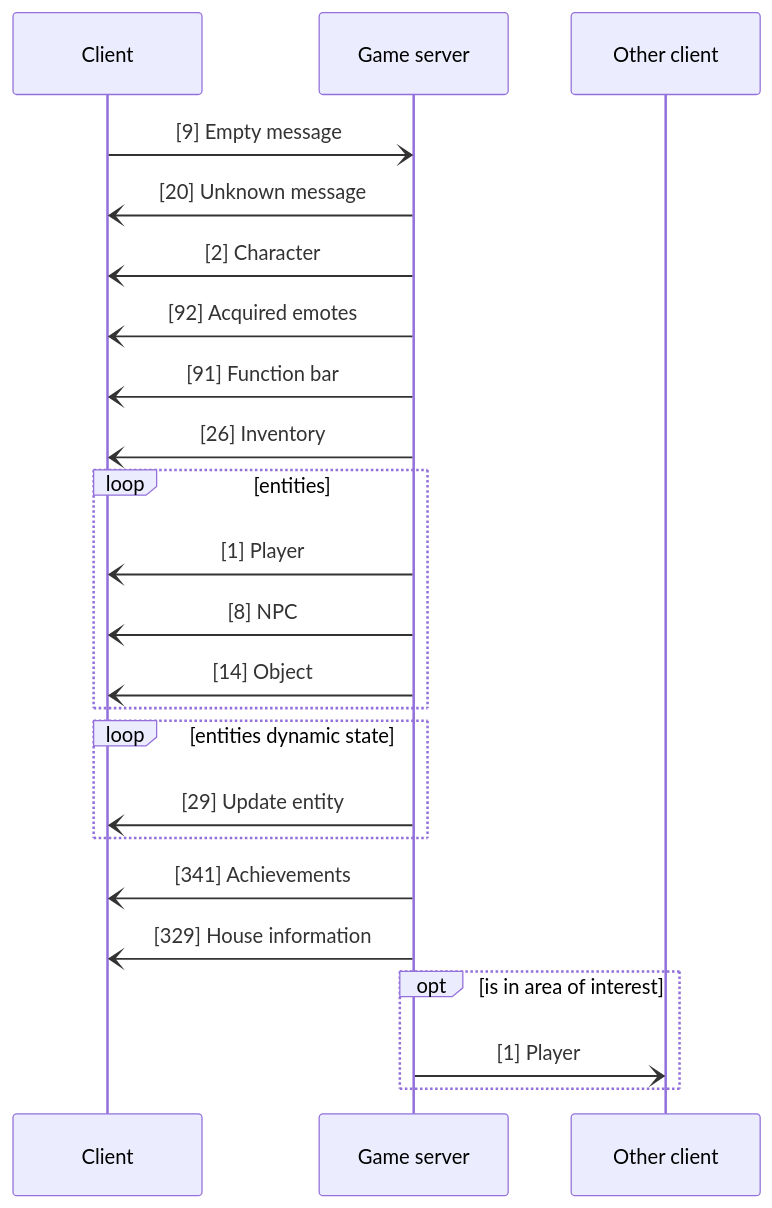
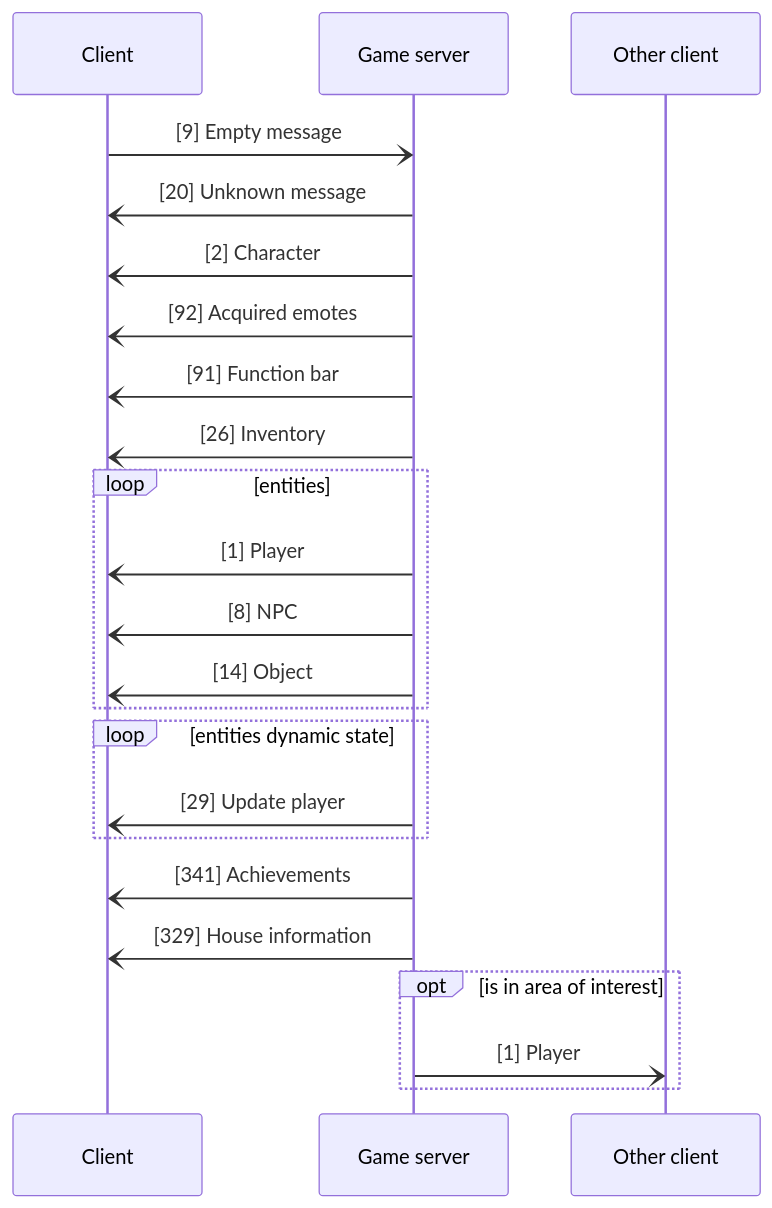
One commit to fygonzalo/banana changed the fifth of 15 diagrams in README.md. Above: the diagram before and after it, drawn with Mermaid. The commit also changed other lines of this file, not shown here.

````diff
--- a/README.md
+++ b/README.md
@@ -135,26 +137,26 @@
 ```mermaid
 sequenceDiagram
     participant Client
     participant Game server
     participant Other client
     Client-)Game server: [9] Empty message
     Game server-)Client: [20] Unknown message
     Game server-)Client: [2] Character
     Game server-)Client: [92] Acquired emotes
     Game server-)Client: [91] Function bar
     Game server-)Client: [26] Inventory
     loop entities
     Game server-)Client: [1] Player
     Game server-)Client: [8] NPC
     Game server-)Client: [14] Object
     end
     loop entities dynamic state
-    Game server-)Client: [29] Update entity
+    Game server-)Client: [29] Update player
     end
     Game server-)Client: [341] Achievements
     Game server-)Client: [329] House information
     opt is in area of interest
     Game server-)Other client: [1] Player
     end
 
 ```
````
